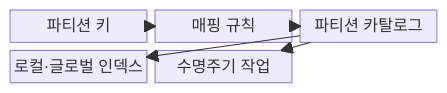
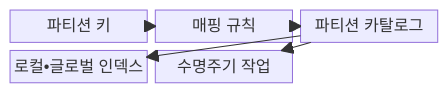
The first of 2 diagrams in src/content/docs/notes/03-software/098_partitioning.md (agnusdei1207/knowledge-base), drawn with Mermaid before and after one commit. The commit also changed other lines of this file and 953 other files, not shown here.

````diff
--- a/src/content/docs/notes/03-software/098_partitioning.md
+++ b/src/content/docs/notes/03-software/098_partitioning.md
@@ -69,13 +69,13 @@
 ```mermaid
 block-beta
   columns 3
   K["파티션 키"]
   M["매핑 규칙"]
   C["파티션 카탈로그"]
-  I["로컬·글로벌 인덱스"]
+  I["로컬•글로벌 인덱스"]
   L["수명주기 작업"]
   K --> M
   M --> C
   C --> I
   C --> L
 ```
````
